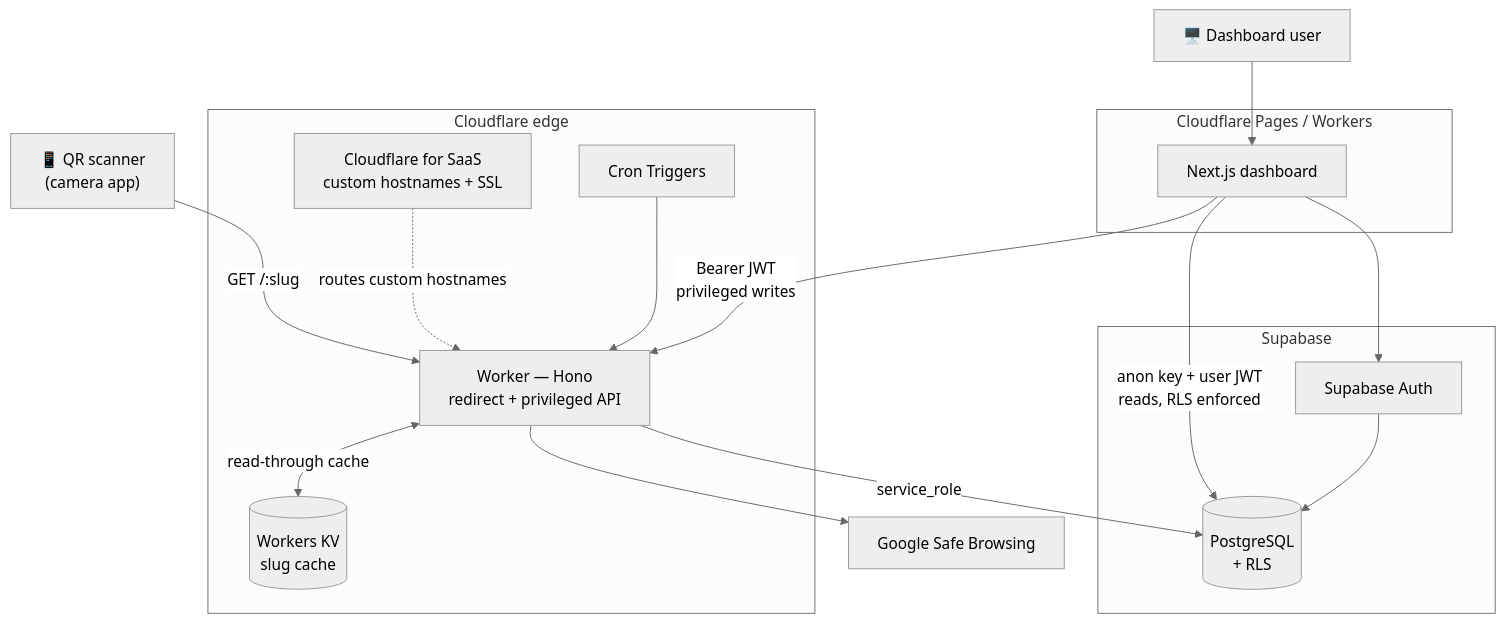
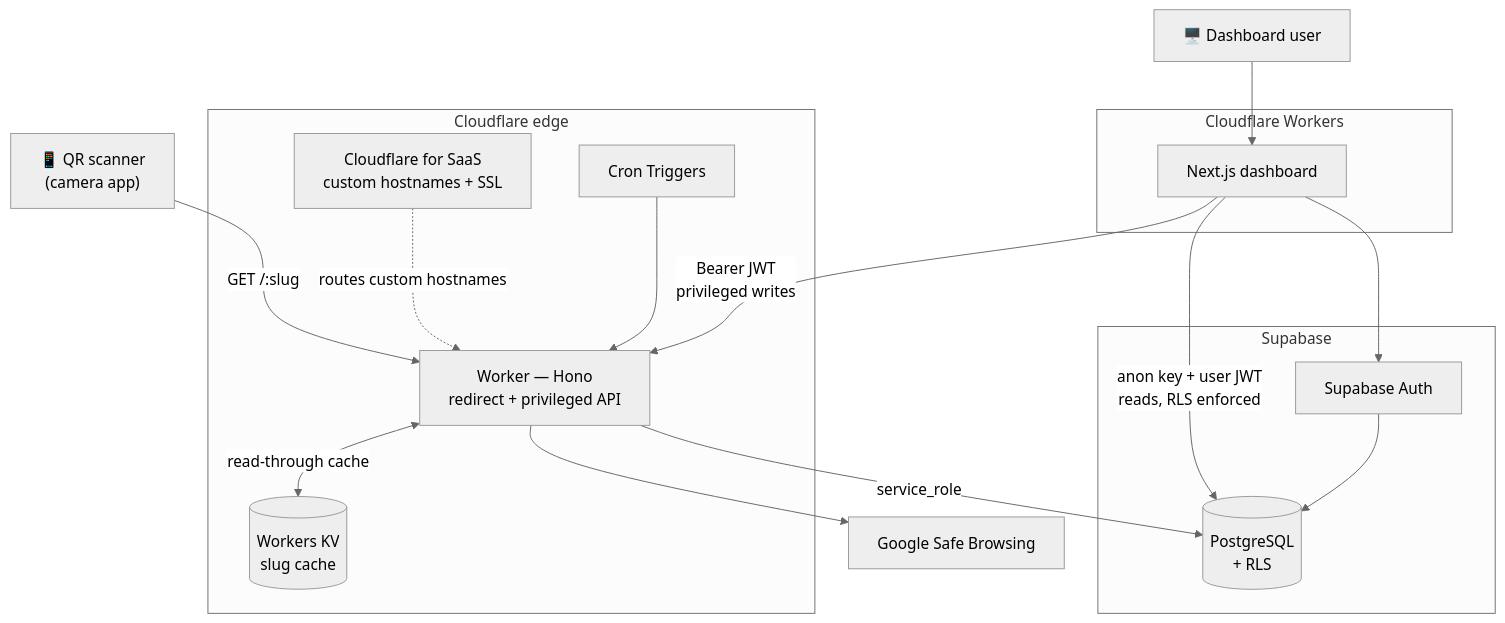
Before and after one commit to HK-0811/QRly: the first of 3 diagrams in architecture.md, drawn with Mermaid (neutral theme). The commit also changed other lines of this file and 3 other files, not shown here.

````diff
--- a/architecture.md
+++ b/architecture.md
@@ -13,36 +13,36 @@
 ```mermaid
 graph TB
     Scanner["📱 QR scanner<br/>(camera app)"]
     Browser["🖥️ Dashboard user"]
 
     subgraph CF["Cloudflare edge"]
         Worker["Worker — Hono<br/>redirect + privileged API"]
         KV[("Workers KV<br/>slug cache")]
         Cron["Cron Triggers"]
         SaaS["Cloudflare for SaaS<br/>custom hostnames + SSL"]
     end
 
-    subgraph Pages["Cloudflare Pages / Workers"]
+    subgraph Dash["Cloudflare Workers"]
         Next["Next.js dashboard"]
     end
 
     subgraph SB["Supabase"]
         PG[("PostgreSQL<br/>+ RLS")]
         Auth["Supabase Auth"]
     end
 
     GSB["Google Safe Browsing"]
 
     Scanner -->|"GET /:slug"| Worker
     SaaS -.->|routes custom hostnames| Worker
     Worker <-->|"read-through cache"| KV
     Worker -->|"service_role"| PG
     Worker --> GSB
     Cron --> Worker
 
     Browser --> Next
     Next -->|"anon key + user JWT<br/>reads, RLS enforced"| PG
     Next -->|"Bearer JWT<br/>privileged writes"| Worker
     Next --> Auth
     Auth --> PG
 ```
````
